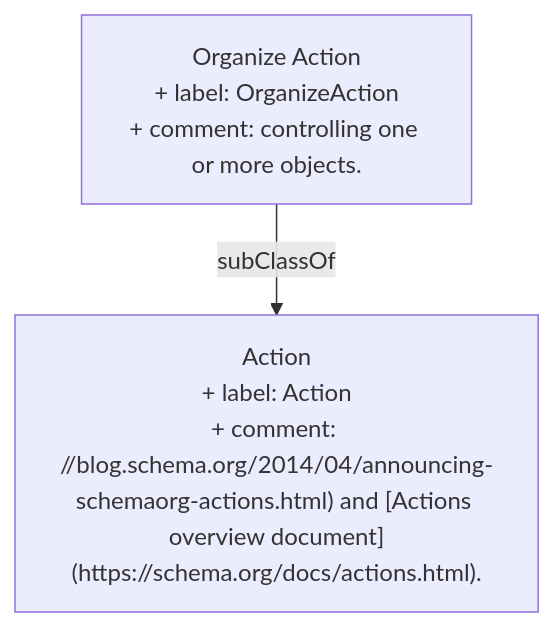
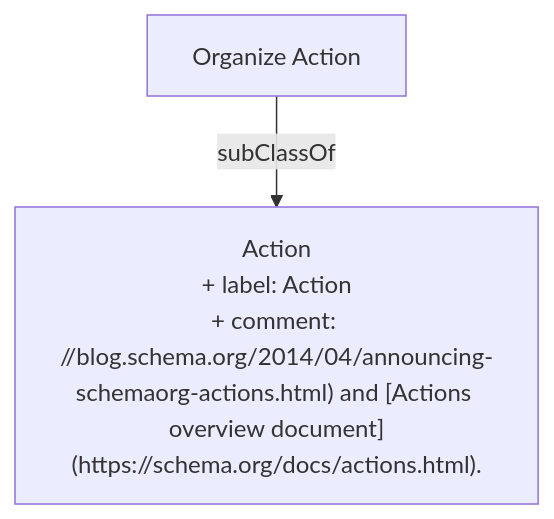
The diagram in content/schema/OrganizeAction.md (heidingaway/heidi2), drawn with Mermaid before and after one commit. The commit also changed other lines of this file and 318 other files, not shown here.

````diff
--- a/content/schema/OrganizeAction.md
+++ b/content/schema/OrganizeAction.md
@@ -28,6 +28,6 @@
 ```mermaid
 graph TD
-  Organize_Action["Organize Action<br>+ label: OrganizeAction<br>+ comment: controlling one or more objects."]:::current-page-node
+  Organize_Action["Organize Action"]:::current-page-node
   Action["Action<br>+ label: Action<br>+ comment: //blog.schema.org/2014/04/announcing-schemaorg-actions.html) and [Actions overview document](https://schema.org/docs/actions.html)."]
   Organize_Action-->|" subClassOf "|Action
 ```
````
